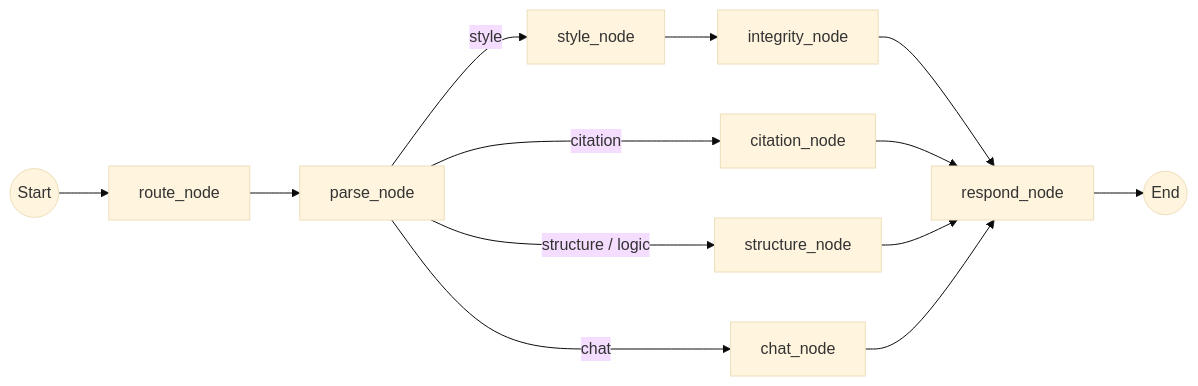
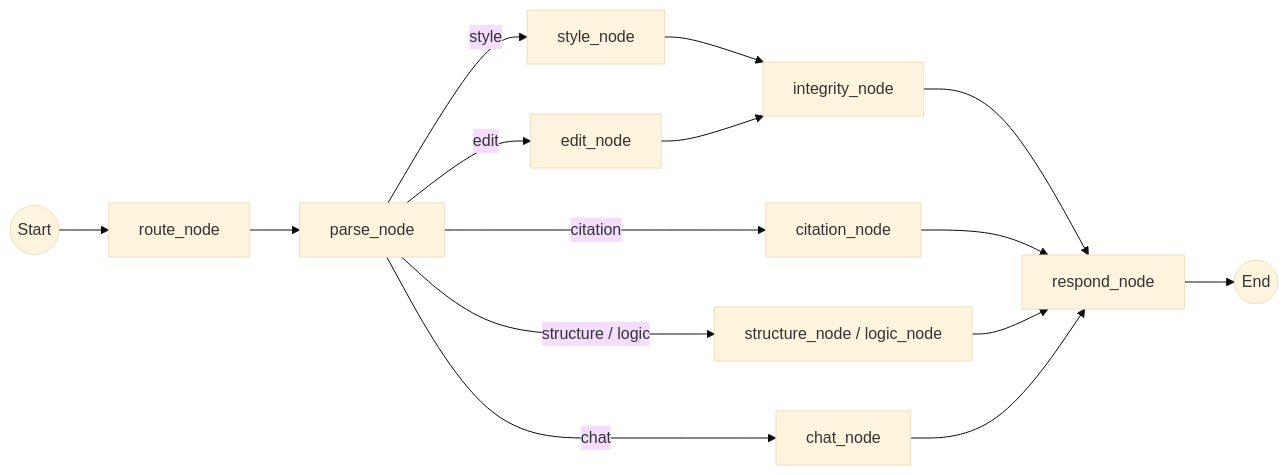
Before and after one commit to Tai-TZ/arionear-ai-paper-editor: the third of 6 diagrams in ARCHITECTURE.md, drawn with Mermaid (base theme). The commit also changed other lines of this file and 15 other files, not shown here.

First line of the commit message:
chore: remove dead code and sync architecture docs

````diff
--- a/ARCHITECTURE.md
+++ b/ARCHITECTURE.md
@@ -195,15 +266,17 @@
 ```mermaid
 flowchart LR
     START((Start)) --> ROUTE[route_node]
     ROUTE --> PARSE[parse_node]
     PARSE -->|style| STYLE[style_node]
-    PARSE -->|structure / logic| STRUCT[structure_node]
+    PARSE -->|edit| EDIT[edit_node]
+    PARSE -->|structure / logic| STRUCT[structure_node / logic_node]
     PARSE -->|citation| CITE[citation_node]
     PARSE -->|chat| CHAT[chat_node]
     STYLE --> AIM[integrity_node]
+    EDIT --> AIM
     AIM --> RESPOND[respond_node]
     CITE --> RESPOND
     STRUCT --> RESPOND
     CHAT --> RESPOND
     RESPOND --> END((End))
 ```
````
